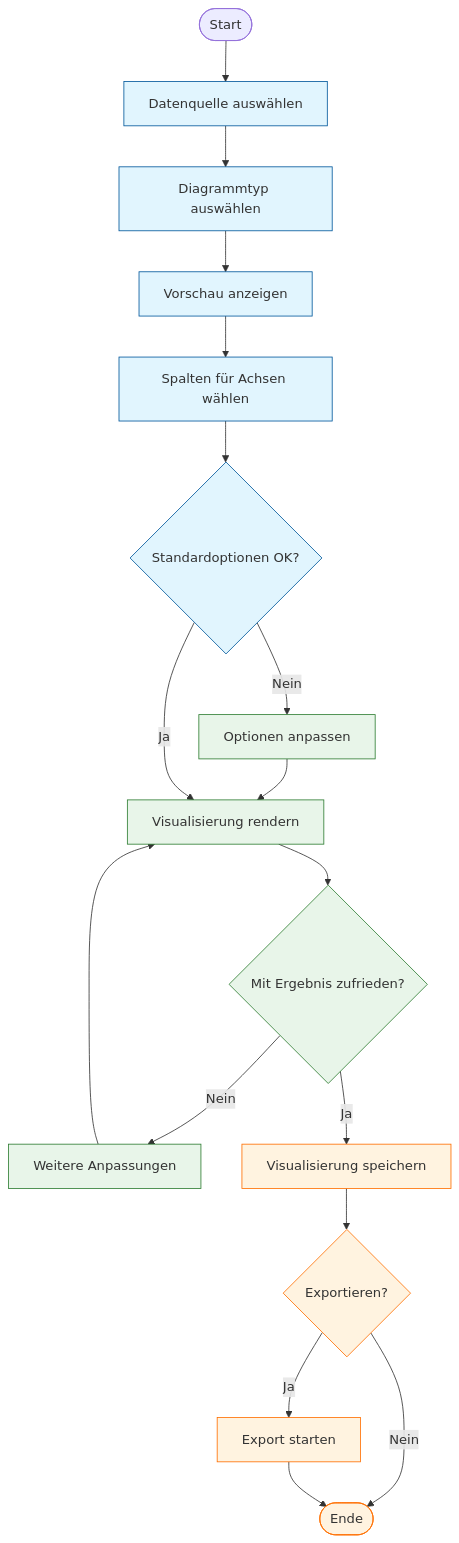
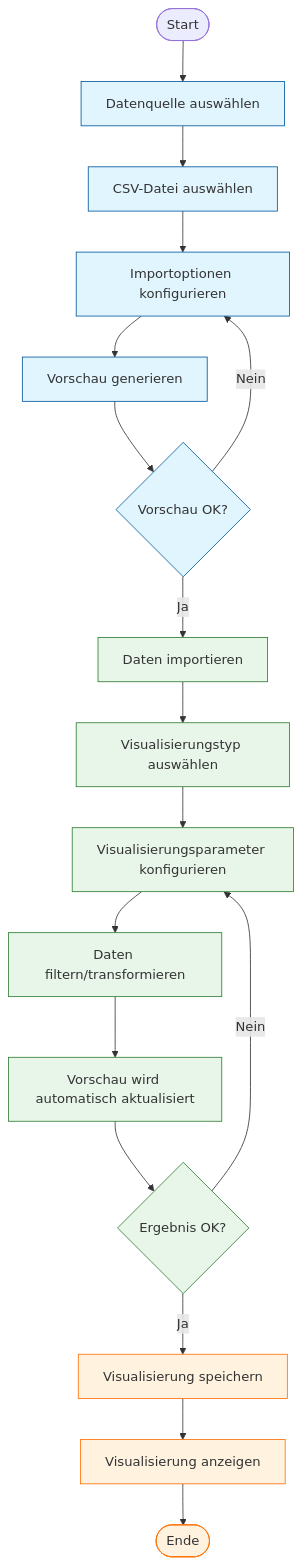
One commit to jurkat/datainspect changed the second of 5 diagrams in docs/03-spezifikations-dokumentation.md. Above: the diagram before and after it, drawn with Mermaid. The commit also changed other lines of this file and 24 other files, not shown here.

First line of the commit message:
Finalize Portfolio Project Phase 3: Complete Documentation and Diagrams

````diff
--- a/docs/03-spezifikations-dokumentation.md
+++ b/docs/03-spezifikations-dokumentation.md
@@ -171,35 +200,29 @@
 ```mermaid
-flowchart TB
-    %% Vorbereitung
+flowchart TD
     Start([Start]) --> A[Datenquelle auswählen]
-    A --> B[Diagrammtyp auswählen]
-    B --> C[Vorschau anzeigen]
-    C --> D[Spalten für Achsen wählen]
-    D --> E{Standardoptionen OK?}
+    A --> C[CSV-Datei auswählen]
+    C --> E[Importoptionen konfigurieren]
+    E --> F[Vorschau generieren]
+    F --> G{Vorschau OK?}
+    G -->|Nein| E
+    G -->|Ja| H[Daten importieren]
 
-    %% Kompakte Anpassungsprozesse
-   F[Optionen anpassen] --> G[Visualisierung rendern]
-   J[Weitere Anpassungen] --> G
-   G --> H{Mit Ergebnis zufrieden?}
-   H -->|Nein| J
+    H --> J[Visualisierungstyp auswählen]
+    J --> K[Visualisierungsparameter konfigurieren]
+    K --> I[Daten filtern/transformieren]
+    I --> L[Vorschau wird automatisch aktualisiert]
+    L --> M{Ergebnis OK?}
+    M -->|Nein| K
+    M -->|Ja| N[Visualisierung speichern]
+    N --> O[Visualisierung anzeigen]
+    O --> Ende([Ende])
 
-    %% Hauptflussverbindungen
-    E -->|Nein| F
-    E -->|Ja| G
-    H -->|Ja| I[Visualisierung speichern]
-
-    %% Export-Entscheidung
-    I --> K{Exportieren?}
-    K -->|Ja| L[Export starten]
-    K -->|Nein| Ende([Ende])
-    L --> Ende
-
-    %% Visuelle Hinweise zur Gruppierung
+    %% Visuelle Hinweise zur Gruppierung mit Farben aus dem Screenshot
     classDef vorbereitung fill:#e1f5fe,stroke:#01579b
     classDef anpassung fill:#e8f5e9,stroke:#2e7d32
     classDef abschluss fill:#fff3e0,stroke:#ff6f00
 
-    class A,B,C,D,E vorbereitung
-    class F,G,H,J anpassung
-    class I,K,L,Ende abschluss
+    class A,C,E,F,G vorbereitung
+    class H,J,K,I,L,M anpassung
+    class N,O,Ende abschluss
 ```
````
